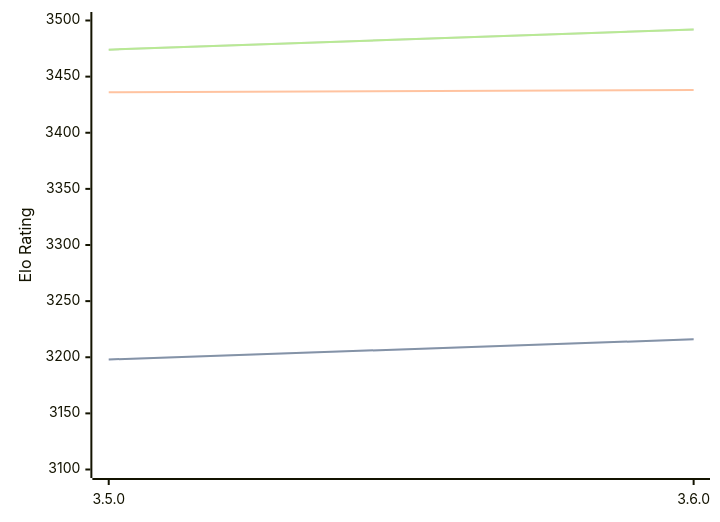
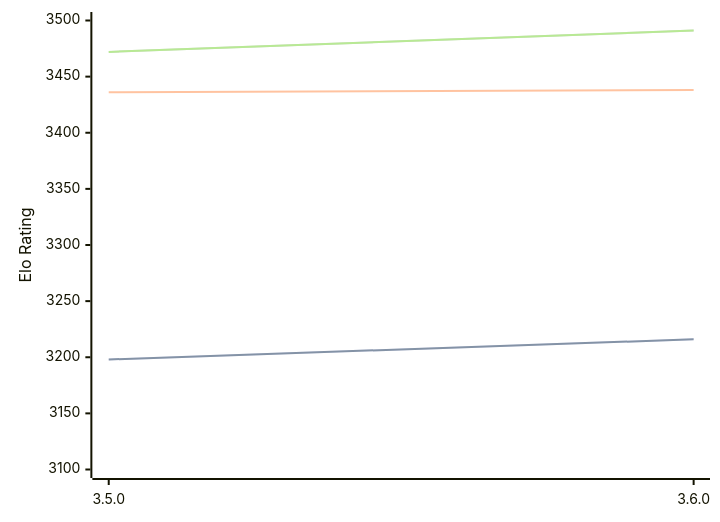
Before and after one commit to computer-chess-index/cci: the diagram in engines/Igel.md, drawn with Mermaid. The commit also changed other lines of this file, not shown here.

Commit message:
Update CCI Ratings (ELO VLTC) - 2026-04-17

````diff
--- a/engines/Igel.md
+++ b/engines/Igel.md
@@ -68,11 +68,11 @@
 ```mermaid
 %%{init: {"theme":"base","themeVariables":{"seriesColors:['#a3a3a3','#222221','#faa371']}}}%%
 xychart-beta
   x-axis ["3.5.0", "3.6.0"]
   y-axis "Elo Rating" 3100 --> 3500
   line "STC (8.0+0.08s)" [3198, 3216]
   line "STC (8.0+0.08s)" [3198, 3216]
   line "LTC (60.0+0.60s)" [3436, 3438]
-  line "VLTC (2m24s+1.12s)" [3474, 3492]
-  line "VLTC (2m24s+1.12s)" [3474, 3492]
+  line "VLTC (2m24s+1.12s)" [3472, 3491]
+  line "VLTC (2m24s+1.12s)" [3472, 3491]
 ```
````
